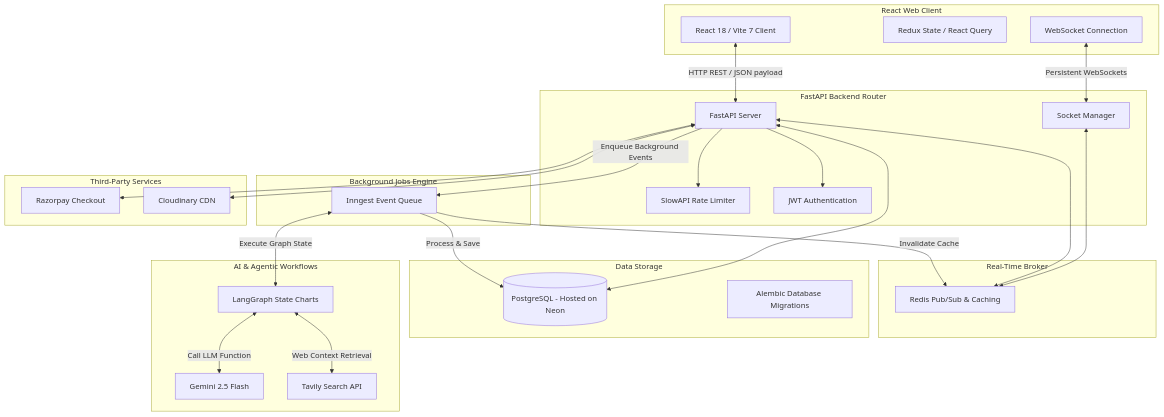
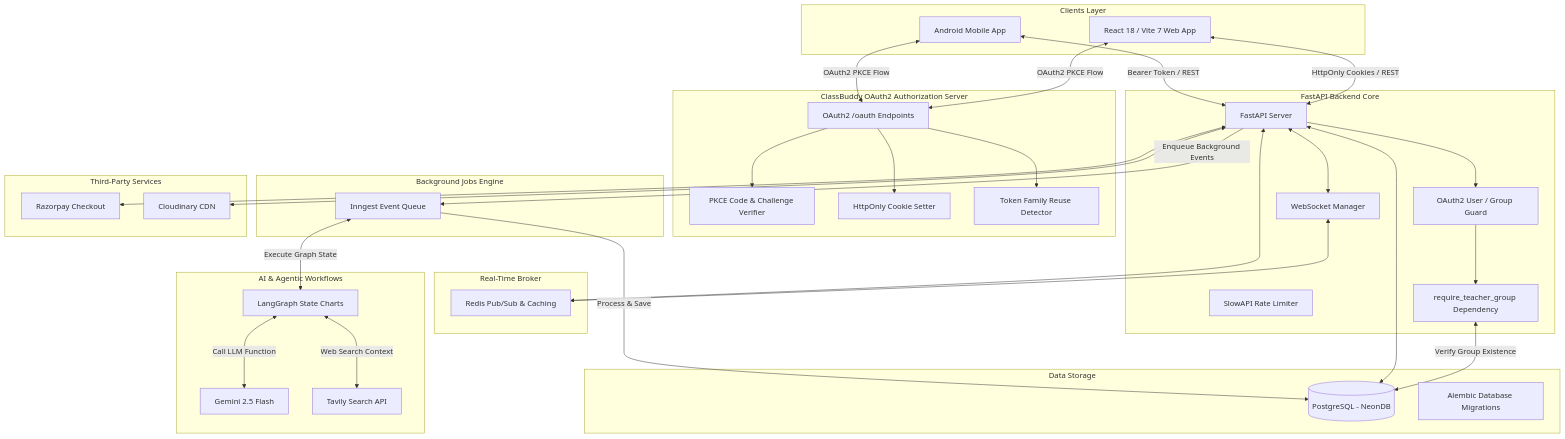
One commit to Sandeep-singh-99/ClassBuddy changed the first of 5 diagrams in README.md. Above: the diagram before and after it, drawn with Mermaid. The commit also changed other lines of this file, not shown here.

Commit message:
docs: Update README to include OAuth2 PKCE details and enhance onboarding instructions

````diff
--- a/README.md
+++ b/README.md
@@ -64,55 +84,68 @@
 ```mermaid
 graph TD
-    subgraph Frontend [React Web Client]
-        RC[React 18 / Vite 7 Client]
-        RT[Redux State / React Query]
-        WS_Client[WebSocket Connection]
+    subgraph Clients [Clients Layer]
+        Web[React 18 / Vite 7 Web App]
+        Android[Android Mobile App]
     end
 
-    subgraph API_Gateway [FastAPI Backend Router]
+    subgraph AuthServer [ClassBuddy OAuth2 Authorization Server]
+        OAuth_Endpoint[OAuth2 /oauth Endpoints]
+        PKCE_Val[PKCE Code & Challenge Verifier]
+        Cookie_Mgr[HttpOnly Cookie Setter]
+        Token_Family[Token Family Reuse Detector]
+    end
+
+    subgraph API_Gateway [FastAPI Backend Core]
         FA[FastAPI Server]
         RL[SlowAPI Rate Limiter]
-        JWT[JWT Authentication]
-        WS_Manager[Socket Manager]
+        Auth_Dep[OAuth2 User / Group Guard]
+        Teacher_Guard[require_teacher_group Dependency]
+        WS_Manager[WebSocket Manager]
     end
 
     subgraph Realtime_PubSub [Real-Time Broker]
         Redis[Redis Pub/Sub & Caching]
     end
 
     subgraph Async_Worker [Background Jobs Engine]
         Inngest[Inngest Event Queue]
     end
 
     subgraph Database_Layer [Data Storage]
-        DB[(PostgreSQL - Hosted on Neon)]
+        DB[(PostgreSQL - NeonDB)]
         Alembic[Alembic Database Migrations]
     end
 
     subgraph AI_Engine [AI & Agentic Workflows]
         LG[LangGraph State Charts]
         LLM[Gemini 2.5 Flash]
         Tavily[Tavily Search API]
     end
 
     subgraph External_Integrations [Third-Party Services]
         RP[Razorpay Checkout]
         CL[Cloudinary CDN]
     end
 
-    RC <-->|HTTP REST / JSON payload| FA
-    WS_Client <-->|Persistent WebSockets| WS_Manager
-    FA --> RL
-    FA --> JWT
+    Web <-->|HttpOnly Cookies / REST| FA
+    Android <-->|Bearer Token / REST| FA
+    Web <-->|OAuth2 PKCE Flow| OAuth_Endpoint
+    Android <-->|OAuth2 PKCE Flow| OAuth_Endpoint
+    OAuth_Endpoint --> PKCE_Val
+    OAuth_Endpoint --> Cookie_Mgr
+    OAuth_Endpoint --> Token_Family
+    FA --> Auth_Dep
+    Auth_Dep --> Teacher_Guard
+    Teacher_Guard <-->|Verify Group Existence| DB
+    FA <--> WS_Manager
     WS_Manager <--> Redis
     FA <--> DB
     FA <--> Redis
     FA <--> RP
     FA <--> CL
     FA -->|Enqueue Background Events| Inngest
     Inngest -->|Process & Save| DB
-    Inngest -->|Invalidate Cache| Redis
     Inngest <-->|Execute Graph State| LG
     LG <-->|Call LLM Function| LLM
-    LG <-->|Web Context Retrieval| Tavily
+    LG <-->|Web Search Context| Tavily
 ```
````
